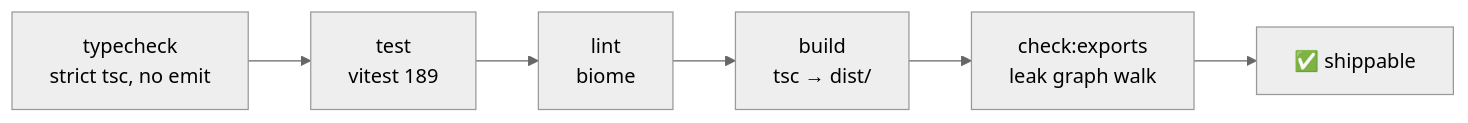
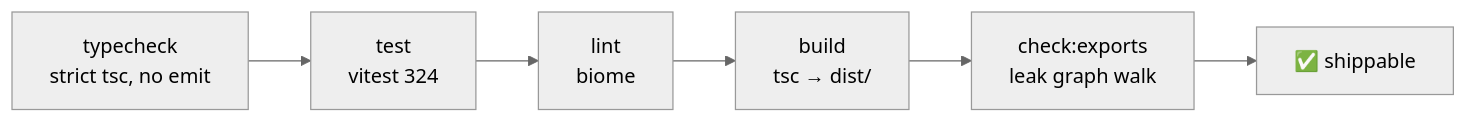
Before and after one commit to Gustavo10Destroyer/libwa-docs: the diagram in development/workflow.md, drawn with Mermaid (neutral theme). The commit also changed other lines of this file and 4 other files, not shown here.

````diff
--- a/development/workflow.md
+++ b/development/workflow.md
@@ -57,8 +60,8 @@
 ```mermaid
 flowchart LR
-    A["typecheck<br/>strict tsc, no emit"] --> B["test<br/>vitest 189"]
+    A["typecheck<br/>strict tsc, no emit"] --> B["test<br/>vitest 324"]
     B --> C["lint<br/>biome"]
     C --> D["build<br/>tsc → dist/"]
     D --> E["check:exports<br/>leak graph walk"]
     E --> F["✅ shippable"]
 ```
````
